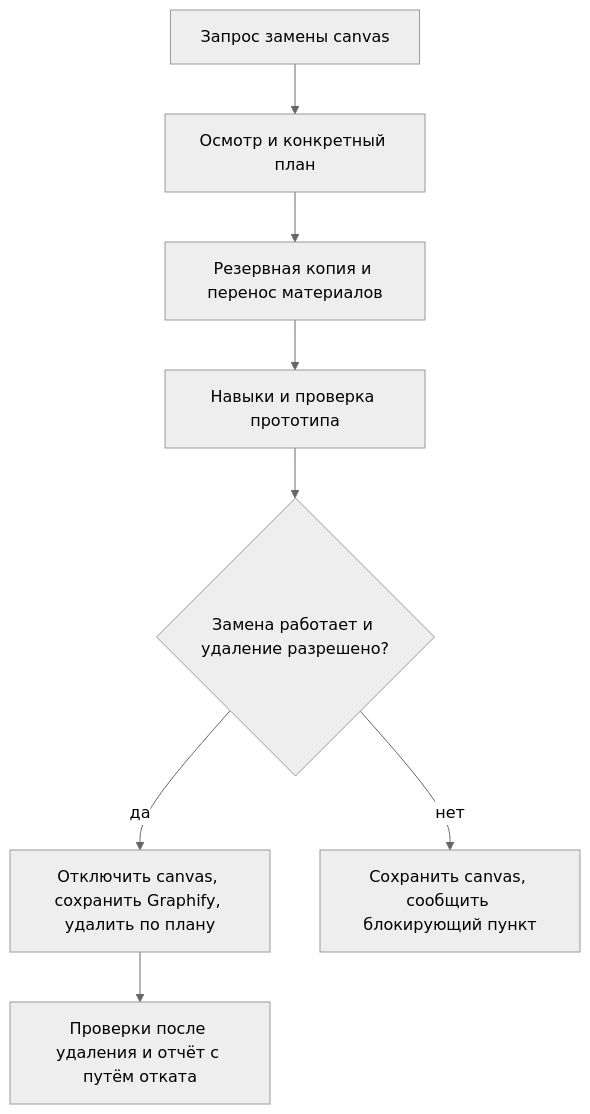
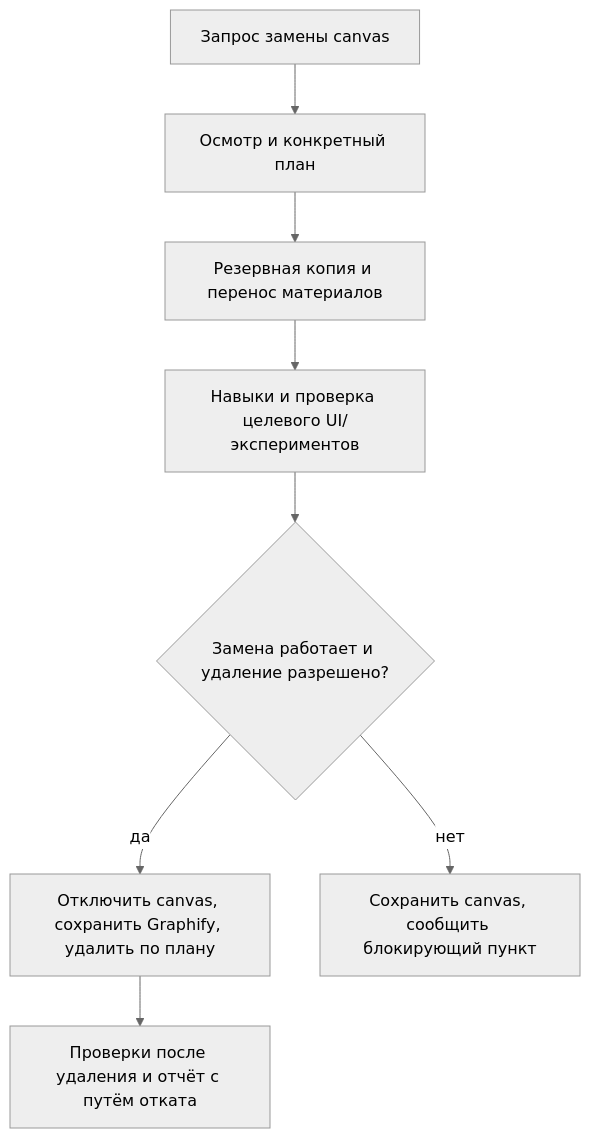
The diagram in platform/references/prototyping-installation.md (vadagama/go-product-platform), drawn with Mermaid (neutral theme) before and after one commit. The commit also changed other lines of this file and 35 other files, not shown here.

````diff
--- a/platform/references/prototyping-installation.md
+++ b/platform/references/prototyping-installation.md
@@ -243,10 +286,10 @@
 ```mermaid
 flowchart TD
     A["Запрос замены canvas"] --> B["Осмотр и конкретный план"]
     B --> C["Резервная копия и перенос материалов"]
-    C --> D["Навыки и проверка прототипа"]
+    C --> D["Навыки и проверка целевого UI/экспериментов"]
     D --> E{"Замена работает и удаление разрешено?"}
     E -- да --> F["Отключить canvas, сохранить Graphify, удалить по плану"]
     E -- нет --> G["Сохранить canvas, сообщить блокирующий пункт"]
     F --> H["Проверки после удаления и отчёт с путём отката"]
 ```
````
